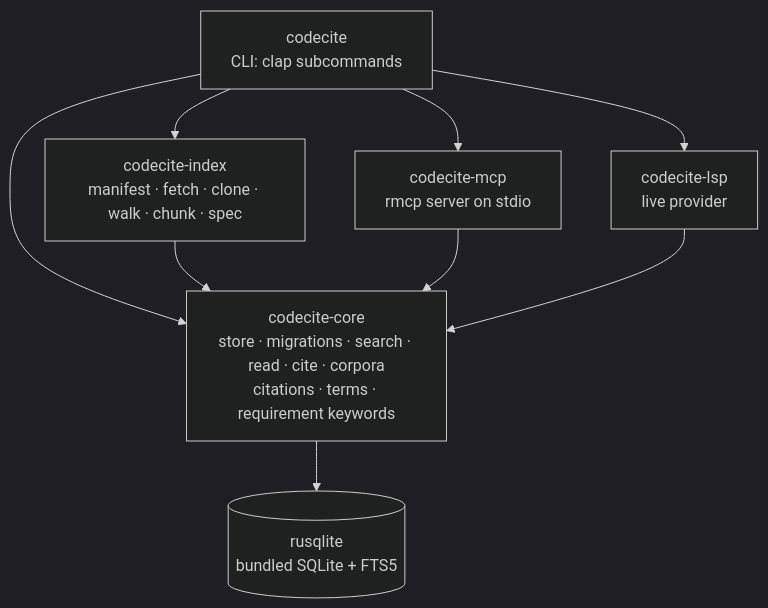
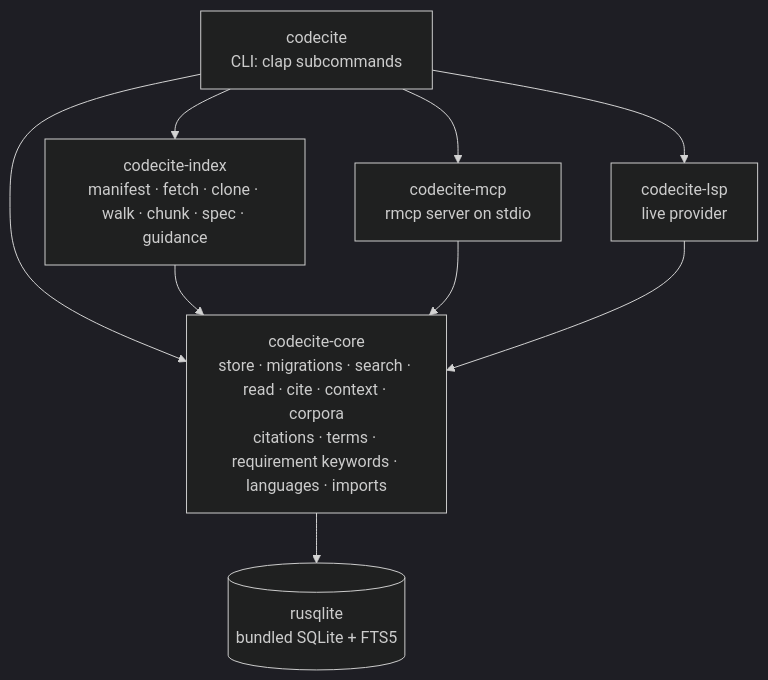
One commit to jamescrowley321/codecite changed the second of 5 diagrams in docs/design.md. Above: the diagram before and after it, drawn with Mermaid (dark theme). The commit also changed other lines of this file and 22 other files, not shown here.

First line of the commit message:
feat: index house rules as a guidance source and push the ones that govern a file

````diff
--- a/docs/design.md
+++ b/docs/design.md
@@ -76,11 +76,11 @@
 ```mermaid
 flowchart TD
-  bin["codecite<br/>CLI: clap subcommands"] --> index["codecite-index<br/>manifest · fetch · clone · walk · chunk · spec"]
+  bin["codecite<br/>CLI: clap subcommands"] --> index["codecite-index<br/>manifest · fetch · clone · walk · chunk · spec · guidance"]
   bin --> mcp["codecite-mcp<br/>rmcp server on stdio"]
   bin --> lsp["codecite-lsp<br/>live provider"]
   bin --> core
-  index --> core["codecite-core<br/>store · migrations · search · read · cite · corpora<br/>citations · terms · requirement keywords"]
+  index --> core["codecite-core<br/>store · migrations · search · read · cite · context · corpora<br/>citations · terms · requirement keywords · languages · imports"]
   mcp --> core
   lsp --> core
   core --> sqlite[("rusqlite<br/>bundled SQLite + FTS5")]
 ```
````
